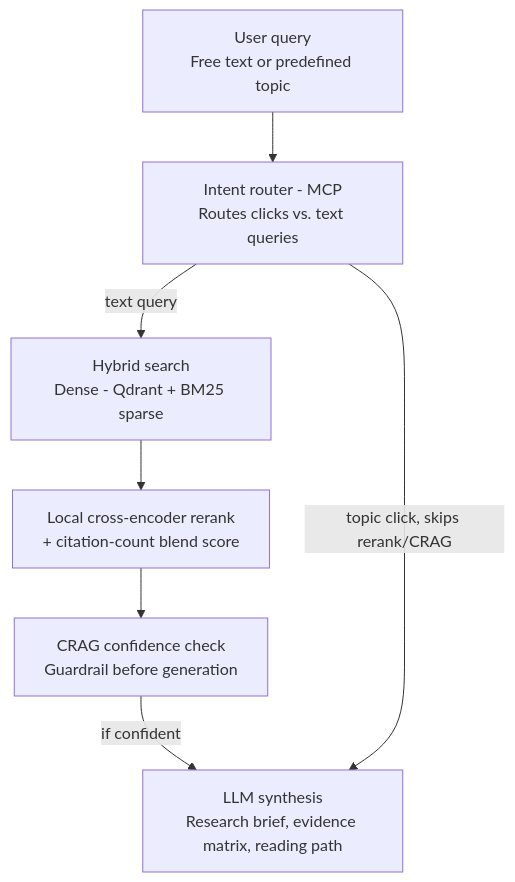
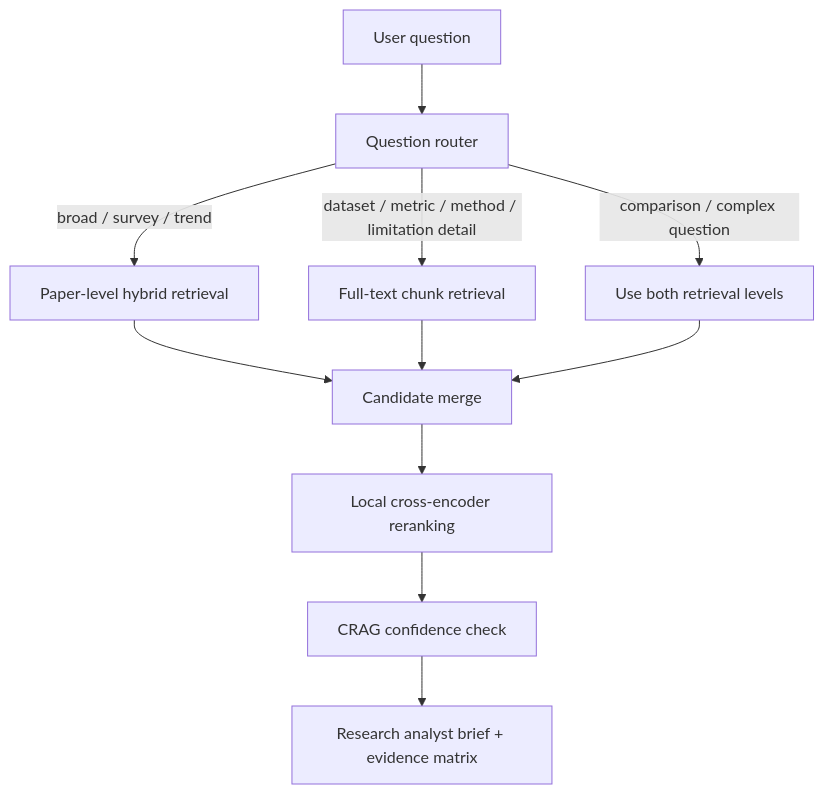
The third of 3 diagrams in docs/research-synthesis-engine-build-plan.md (rishitha-gogineni/research-synthesis-engine), drawn with Mermaid before and after one commit. The commit also changed other lines of this file, not shown here.

Commit message:
Revise build plan for full-text retrieval

````diff
--- a/docs/research-synthesis-engine-build-plan.md
+++ b/docs/research-synthesis-engine-build-plan.md
@@ -58,9 +92,13 @@
 ```mermaid
 flowchart TD
-    A[User query<br/>Free text or predefined topic] --> B[Intent router - MCP<br/>Routes clicks vs. text queries]
-    B -->|text query| C[Hybrid search<br/>Dense - Qdrant + BM25 sparse]
-    C --> D[Local cross-encoder rerank<br/>+ citation-count blend score]
-    D --> E[CRAG confidence check<br/>Guardrail before generation]
-    E -->|if confident| F[LLM synthesis<br/>Research brief, evidence matrix, reading path]
-    B -->|topic click, skips rerank/CRAG| F
+    A[User question] --> B[Question router]
+    B -->|broad / survey / trend| C[Paper-level hybrid retrieval]
+    B -->|dataset / metric / method / limitation detail| D[Full-text chunk retrieval]
+    B -->|comparison / complex question| E[Use both retrieval levels]
+    C --> F[Candidate merge]
+    D --> F
+    E --> F
+    F --> G[Local cross-encoder reranking]
+    G --> H[CRAG confidence check]
+    H --> I[Research analyst brief + evidence matrix]
 ```
````
